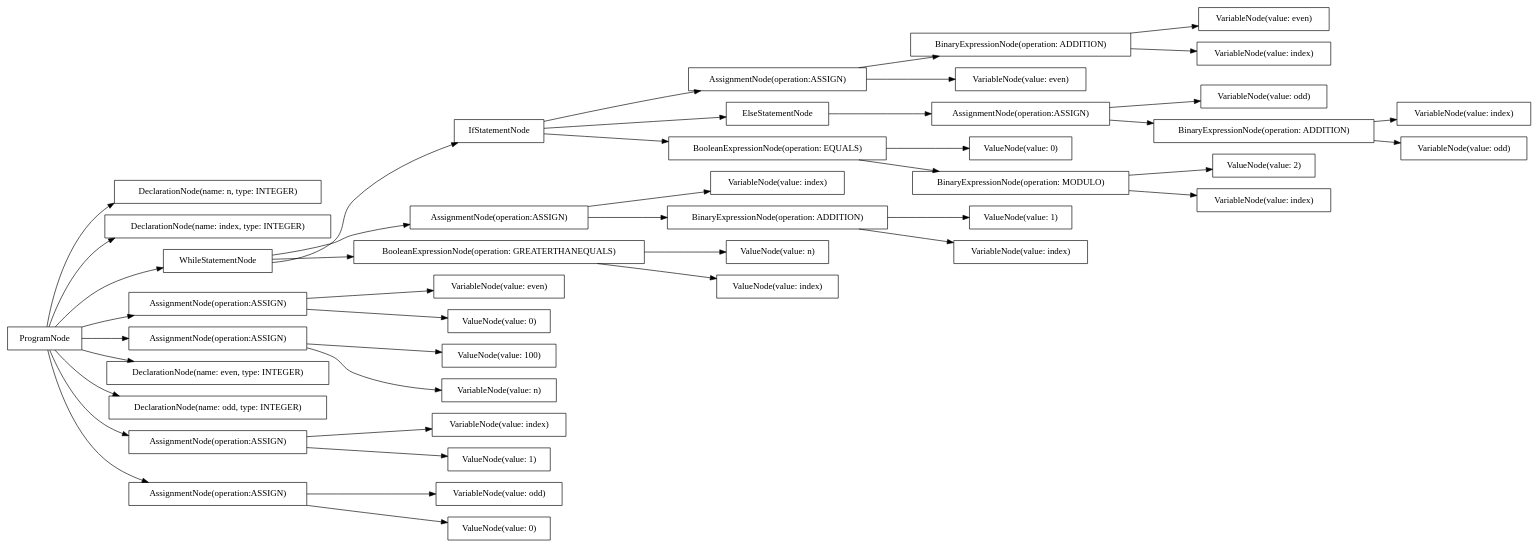
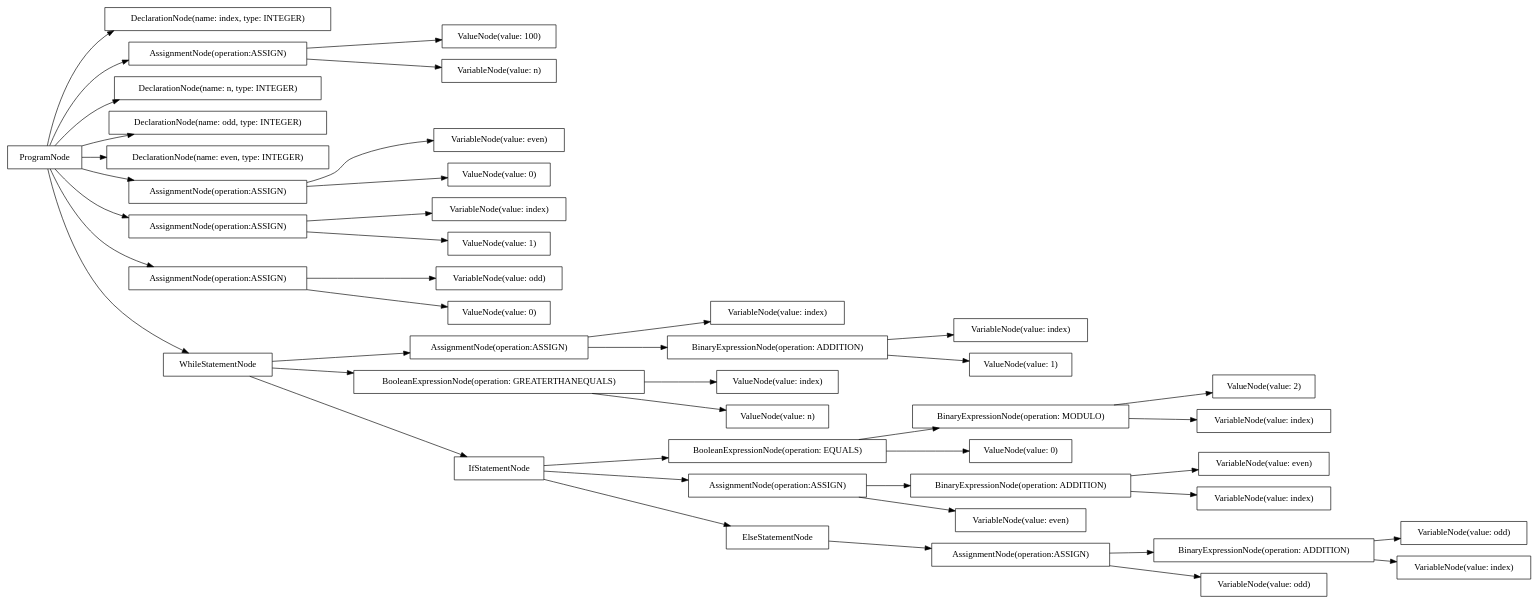
Before and after one commit to AtLeastITry/ANTLR-Python-Compiler: the diagram in src/output/dot/odd_even.dot, drawn with Graphviz. The commit also changed 9 other files, not shown here.

```diff
--- a/src/output/dot/odd_even.dot
+++ b/src/output/dot/odd_even.dot
@@ -1,88 +1,88 @@
 digraph G {
 rankdir=LR
-"51027e5a-5bbe-4a8c-aa03-a2054ee14d0f" [label="VariableNode(value: even)" shape="box"];
-"e5897566-09a8-4f3e-b6b1-f3f603f1538b" [label="ValueNode(value: 100)" shape="box"];
-"036f29e9-cecb-4df5-8245-bec7aa9a5be4" [label="IfStatementNode" shape="box"];
-"70035fd2-bbe2-41eb-a2e6-7383d2222e5b" [label="AssignmentNode(operation:ASSIGN)" shape="box"];
-"5f6a53ec-e62f-4b10-9dd8-b9960757c765" [label="AssignmentNode(operation:ASSIGN)" shape="box"];
-"0099ae14-61c1-4aaa-aee8-fba6a2b72a19" [label="ValueNode(value: 1)" shape="box"];
-"74683233-2a21-4432-9c46-ca7c6e4f24b5" [label="DeclarationNode(name: n, type: INTEGER)" shape="box"];
-"432f1721-0ad4-4221-9f8a-4b59741bf83b" [label="VariableNode(value: odd)" shape="box"];
-"b2914016-ba28-486a-ae07-a38629ed2060" [label="VariableNode(value: odd)" shape="box"];
-"0b19b4a3-37c5-4e0c-b52f-dbc17988da9c" [label="ValueNode(value: 2)" shape="box"];
-"f1421835-3d05-47d2-aaf5-ee6d9d58f32a" [label="VariableNode(value: index)" shape="box"];
-"6c0669bc-4300-4f01-b806-24c25ea41fd0" [label="VariableNode(value: index)" shape="box"];
-"16e4ed10-a78c-4a02-ad67-027571b2f794" [label="DeclarationNode(name: index, type: INTEGER)" shape="box"];
-"5ea20102-1c0c-49a3-b77f-3ac731f85cdf" [label="ProgramNode" shape="box"];
-"d8264bf7-f72c-41f1-8559-907c21b5c8cc" [label="ValueNode(value: 0)" shape="box"];
-"be92bf9b-542c-47c7-b7ce-12ce7303e1f5" [label="WhileStatementNode" shape="box"];
-"656de1c9-f5a0-4f98-a3ee-4c6ffbfc6f76" [label="VariableNode(value: index)" shape="box"];
-"dba97dae-6613-40ee-ac02-7db4d65c7909" [label="AssignmentNode(operation:ASSIGN)" shape="box"];
-"6a6de936-5693-4e33-af45-07bea85912c0" [label="VariableNode(value: index)" shape="box"];
-"ccef8d8c-abf6-491f-94a8-7b6d6e1e908f" [label="AssignmentNode(operation:ASSIGN)" shape="box"];
-"3ba8c345-5afb-46db-99bf-4945b035329d" [label="DeclarationNode(name: even, type: INTEGER)" shape="box"];
-"e2290a21-016c-44c3-a35b-fd079e5d0546" [label="VariableNode(value: even)" shape="box"];
-"cd240ce9-eab5-4ce7-ba0c-ba51ec46ea24" [label="VariableNode(value: index)" shape="box"];
-"97975bcf-969c-4166-810e-5d4743aa0e20" [label="VariableNode(value: n)" shape="box"];
-"6dd797cc-300d-43a2-94b8-2f4a80f04412" [label="ValueNode(value: n)" shape="box"];
-"2c7b98f0-f09d-48a6-91c7-8a2cf45950a6" [label="VariableNode(value: index)" shape="box"];
-"e1a83c01-78cd-4bd0-8646-8b268b9a92ea" [label="VariableNode(value: odd)" shape="box"];
-"b3be8001-ad6f-45f0-82d8-340a32815497" [label="BinaryExpressionNode(operation: ADDITION)" shape="box"];
-"d0abfb2f-406c-4746-98ad-2fb5ea35a0a5" [label="ValueNode(value: index)" shape="box"];
-"18eff962-03a5-44b2-8447-434e4776b6c2" [label="AssignmentNode(operation:ASSIGN)" shape="box"];
-"0af89300-3bea-44c7-a4dc-e4354d72d866" [label="ValueNode(value: 1)" shape="box"];
-"c6ce1a31-ac1b-4128-9386-ca8d8cddfab2" [label="ElseStatementNode" shape="box"];
-"91659f4b-b5cd-492f-8619-50bfb8ba70fc" [label="ValueNode(value: 0)" shape="box"];
-"5e811e5a-9135-429e-9496-1a0aef4d2c4f" [label="ValueNode(value: 0)" shape="box"];
-"e2ca7bcf-58be-4e10-ba3b-ad8d0e00e6b2" [label="DeclarationNode(name: odd, type: INTEGER)" shape="box"];
-"2c40527f-b2ce-4944-8307-e8a7b0c857b2" [label="BooleanExpressionNode(operation: EQUALS)" shape="box"];
-"957b19d5-09d4-4cd8-a93f-71e92c988b9f" [label="BinaryExpressionNode(operation: ADDITION)" shape="box"];
-"65bfe337-ccd3-4b59-a877-97768e21ff56" [label="AssignmentNode(operation:ASSIGN)" shape="box"];
-"5d559fcc-3a28-40d3-b012-235053dab3ce" [label="BooleanExpressionNode(operation: GREATERTHANEQUALS)" shape="box"];
-"13e930b2-dc71-4f80-a989-29347ed9de37" [label="AssignmentNode(operation:ASSIGN)" shape="box"];
-"c12cebab-aa2a-4338-824f-6ca9e756419e" [label="BinaryExpressionNode(operation: MODULO)" shape="box"];
-"434fbb24-3626-4c6d-8ebd-3e9f3b320e8c" [label="BinaryExpressionNode(operation: ADDITION)" shape="box"];
-"006f724c-042e-48de-ae83-f58013263a4b" [label="VariableNode(value: even)" shape="box"];
-"5ea20102-1c0c-49a3-b77f-3ac731f85cdf" -> "74683233-2a21-4432-9c46-ca7c6e4f24b5";
-"5ea20102-1c0c-49a3-b77f-3ac731f85cdf" -> "e2ca7bcf-58be-4e10-ba3b-ad8d0e00e6b2";
-"5ea20102-1c0c-49a3-b77f-3ac731f85cdf" -> "3ba8c345-5afb-46db-99bf-4945b035329d";
-"5ea20102-1c0c-49a3-b77f-3ac731f85cdf" -> "16e4ed10-a78c-4a02-ad67-027571b2f794";
-"5ea20102-1c0c-49a3-b77f-3ac731f85cdf" -> "ccef8d8c-abf6-491f-94a8-7b6d6e1e908f";
-"ccef8d8c-abf6-491f-94a8-7b6d6e1e908f" -> "97975bcf-969c-4166-810e-5d4743aa0e20";
-"ccef8d8c-abf6-491f-94a8-7b6d6e1e908f" -> "e5897566-09a8-4f3e-b6b1-f3f603f1538b";
-"5ea20102-1c0c-49a3-b77f-3ac731f85cdf" -> "13e930b2-dc71-4f80-a989-29347ed9de37";
-"13e930b2-dc71-4f80-a989-29347ed9de37" -> "b2914016-ba28-486a-ae07-a38629ed2060";
-"13e930b2-dc71-4f80-a989-29347ed9de37" -> "5e811e5a-9135-429e-9496-1a0aef4d2c4f";
-"5ea20102-1c0c-49a3-b77f-3ac731f85cdf" -> "dba97dae-6613-40ee-ac02-7db4d65c7909";
-"dba97dae-6613-40ee-ac02-7db4d65c7909" -> "e2290a21-016c-44c3-a35b-fd079e5d0546";
-"dba97dae-6613-40ee-ac02-7db4d65c7909" -> "91659f4b-b5cd-492f-8619-50bfb8ba70fc";
-"5ea20102-1c0c-49a3-b77f-3ac731f85cdf" -> "65bfe337-ccd3-4b59-a877-97768e21ff56";
-"65bfe337-ccd3-4b59-a877-97768e21ff56" -> "6a6de936-5693-4e33-af45-07bea85912c0";
-"65bfe337-ccd3-4b59-a877-97768e21ff56" -> "0af89300-3bea-44c7-a4dc-e4354d72d866";
-"5ea20102-1c0c-49a3-b77f-3ac731f85cdf" -> "be92bf9b-542c-47c7-b7ce-12ce7303e1f5";
-"be92bf9b-542c-47c7-b7ce-12ce7303e1f5" -> "5d559fcc-3a28-40d3-b012-235053dab3ce";
-"5d559fcc-3a28-40d3-b012-235053dab3ce" -> "d0abfb2f-406c-4746-98ad-2fb5ea35a0a5";
-"5d559fcc-3a28-40d3-b012-235053dab3ce" -> "6dd797cc-300d-43a2-94b8-2f4a80f04412";
-"be92bf9b-542c-47c7-b7ce-12ce7303e1f5" -> "036f29e9-cecb-4df5-8245-bec7aa9a5be4";
-"036f29e9-cecb-4df5-8245-bec7aa9a5be4" -> "2c40527f-b2ce-4944-8307-e8a7b0c857b2";
-"2c40527f-b2ce-4944-8307-e8a7b0c857b2" -> "c12cebab-aa2a-4338-824f-6ca9e756419e";
-"c12cebab-aa2a-4338-824f-6ca9e756419e" -> "f1421835-3d05-47d2-aaf5-ee6d9d58f32a";
-"c12cebab-aa2a-4338-824f-6ca9e756419e" -> "0b19b4a3-37c5-4e0c-b52f-dbc17988da9c";
-"2c40527f-b2ce-4944-8307-e8a7b0c857b2" -> "d8264bf7-f72c-41f1-8559-907c21b5c8cc";
-"036f29e9-cecb-4df5-8245-bec7aa9a5be4" -> "18eff962-03a5-44b2-8447-434e4776b6c2";
-"18eff962-03a5-44b2-8447-434e4776b6c2" -> "006f724c-042e-48de-ae83-f58013263a4b";
-"18eff962-03a5-44b2-8447-434e4776b6c2" -> "434fbb24-3626-4c6d-8ebd-3e9f3b320e8c";
-"434fbb24-3626-4c6d-8ebd-3e9f3b320e8c" -> "51027e5a-5bbe-4a8c-aa03-a2054ee14d0f";
-"434fbb24-3626-4c6d-8ebd-3e9f3b320e8c" -> "2c7b98f0-f09d-48a6-91c7-8a2cf45950a6";
-"036f29e9-cecb-4df5-8245-bec7aa9a5be4" -> "c6ce1a31-ac1b-4128-9386-ca8d8cddfab2";
-"c6ce1a31-ac1b-4128-9386-ca8d8cddfab2" -> "70035fd2-bbe2-41eb-a2e6-7383d2222e5b";
-"70035fd2-bbe2-41eb-a2e6-7383d2222e5b" -> "432f1721-0ad4-4221-9f8a-4b59741bf83b";
-"70035fd2-bbe2-41eb-a2e6-7383d2222e5b" -> "957b19d5-09d4-4cd8-a93f-71e92c988b9f";
-"957b19d5-09d4-4cd8-a93f-71e92c988b9f" -> "e1a83c01-78cd-4bd0-8646-8b268b9a92ea";
-"957b19d5-09d4-4cd8-a93f-71e92c988b9f" -> "6c0669bc-4300-4f01-b806-24c25ea41fd0";
-"be92bf9b-542c-47c7-b7ce-12ce7303e1f5" -> "5f6a53ec-e62f-4b10-9dd8-b9960757c765";
-"5f6a53ec-e62f-4b10-9dd8-b9960757c765" -> "656de1c9-f5a0-4f98-a3ee-4c6ffbfc6f76";
-"5f6a53ec-e62f-4b10-9dd8-b9960757c765" -> "b3be8001-ad6f-45f0-82d8-340a32815497";
-"b3be8001-ad6f-45f0-82d8-340a32815497" -> "cd240ce9-eab5-4ce7-ba0c-ba51ec46ea24";
-"b3be8001-ad6f-45f0-82d8-340a32815497" -> "0099ae14-61c1-4aaa-aee8-fba6a2b72a19";
+"79988209-1f72-4112-b863-279c94adfaa0" [label="ValueNode(value: 100)" shape="box"];
+"f88ab3f6-bb6f-4e00-963d-21c74abb85d1" [label="AssignmentNode(operation:ASSIGN)" shape="box"];
+"b82015bf-731b-4293-9794-dac23d86efc2" [label="VariableNode(value: index)" shape="box"];
+"c8f77a40-ca78-432c-829f-1d1aa7cc65ad" [label="VariableNode(value: n)" shape="box"];
+"4d3e6e8f-4bd2-483d-8613-3b51088ba310" [label="VariableNode(value: odd)" shape="box"];
+"08089ce9-4e5c-4122-a3fd-7f70ce7a0f2f" [label="ValueNode(value: 0)" shape="box"];
+"b0664474-e884-4461-8055-4f1932a8c894" [label="ValueNode(value: index)" shape="box"];
+"af4caded-82dd-455e-bd06-1035dfb87820" [label="DeclarationNode(name: index, type: INTEGER)" shape="box"];
+"c341e27e-47c7-4454-a6f0-99424d7b7c6c" [label="VariableNode(value: even)" shape="box"];
+"b4e0e0bf-b7f1-48dc-9cd9-4e7d8455e188" [label="BinaryExpressionNode(operation: MODULO)" shape="box"];
+"771863c8-8d57-4ecf-8083-07fde05432ec" [label="AssignmentNode(operation:ASSIGN)" shape="box"];
+"17220d2b-887f-4c19-9d59-69e1e0f6ee30" [label="BooleanExpressionNode(operation: GREATERTHANEQUALS)" shape="box"];
+"f7b4b791-6754-41eb-bcef-1c24c07c55f9" [label="DeclarationNode(name: n, type: INTEGER)" shape="box"];
+"9212a73e-5b70-459c-9218-d398b6f8b8ad" [label="BinaryExpressionNode(operation: ADDITION)" shape="box"];
+"30484f37-d70f-4e7e-8947-e8e714667bdf" [label="VariableNode(value: index)" shape="box"];
+"d579b6d7-a2fd-4a9c-8bbf-caace5bd927b" [label="VariableNode(value: odd)" shape="box"];
+"3f08933e-bec5-43c8-b497-1750d11df1fb" [label="VariableNode(value: odd)" shape="box"];
+"333d6c42-8161-4067-b3be-c78ff73d1aee" [label="DeclarationNode(name: odd, type: INTEGER)" shape="box"];
+"5345ac47-e065-4cd7-a3f8-e976b7b56f97" [label="BooleanExpressionNode(operation: EQUALS)" shape="box"];
+"7b474080-6bd9-4bd2-a8b6-bee09aff4279" [label="ValueNode(value: 0)" shape="box"];
+"88ab20f7-799c-4741-a0b4-b7f0677625af" [label="AssignmentNode(operation:ASSIGN)" shape="box"];
+"b0a106a3-3e61-4505-a339-f7a23d1895fb" [label="ValueNode(value: 1)" shape="box"];
+"b729ebd9-22b7-4ffa-8d98-3950b27f5795" [label="DeclarationNode(name: even, type: INTEGER)" shape="box"];
+"fb6da803-27dd-4c28-b274-1a415bf96ac8" [label="AssignmentNode(operation:ASSIGN)" shape="box"];
+"ec890ebd-d16d-4dae-bb1b-14bbb285510d" [label="VariableNode(value: even)" shape="box"];
+"498d682e-ade1-446b-acdf-6209fc282488" [label="VariableNode(value: index)" shape="box"];
+"32623fc4-20ce-4930-9ac3-258cc119d42f" [label="ElseStatementNode" shape="box"];
+"ce0ce592-6df9-4ea6-9b42-9e9682aae11b" [label="AssignmentNode(operation:ASSIGN)" shape="box"];
+"05882ef8-a404-482b-b3e9-0661b28b337b" [label="BinaryExpressionNode(operation: ADDITION)" shape="box"];
+"18d9ef34-2785-45f0-a419-00b55e5c7fc2" [label="ValueNode(value: 1)" shape="box"];
+"d7c1c7de-2531-4658-af09-6b8e9a7477ae" [label="VariableNode(value: index)" shape="box"];
+"7223d179-b4af-489a-8372-3a7e55eae726" [label="VariableNode(value: even)" shape="box"];
+"4e533d32-dc7a-4e59-8d50-102f7c8caa40" [label="AssignmentNode(operation:ASSIGN)" shape="box"];
+"1d6433b2-eb40-44bf-b15b-15ebb107e3aa" [label="AssignmentNode(operation:ASSIGN)" shape="box"];
+"c2d5f4f1-8c58-4e94-9c48-806d443bd28e" [label="ProgramNode" shape="box"];
+"11d9e06b-6986-448a-8900-e2c53d86b005" [label="WhileStatementNode" shape="box"];
+"4e762e3f-4eea-4191-b23a-5b42b72fed1d" [label="BinaryExpressionNode(operation: ADDITION)" shape="box"];
+"dba85002-505d-4f06-8f44-d7cdee47d106" [label="IfStatementNode" shape="box"];
+"2c5b144d-b086-4667-be4e-9b75b88fd4fa" [label="VariableNode(value: index)" shape="box"];
+"db805a8d-5017-4bd0-90af-81e81d5d906a" [label="ValueNode(value: 2)" shape="box"];
+"a6e77595-5f0a-4293-b125-de0dcbc55bba" [label="ValueNode(value: n)" shape="box"];
+"3db01d05-2b49-40f3-841a-6f961561871c" [label="ValueNode(value: 0)" shape="box"];
+"c54c0d07-6c59-4add-8bc4-af5bbf50e4bf" [label="VariableNode(value: index)" shape="box"];
+"c2d5f4f1-8c58-4e94-9c48-806d443bd28e" -> "f7b4b791-6754-41eb-bcef-1c24c07c55f9";
+"c2d5f4f1-8c58-4e94-9c48-806d443bd28e" -> "333d6c42-8161-4067-b3be-c78ff73d1aee";
+"c2d5f4f1-8c58-4e94-9c48-806d443bd28e" -> "b729ebd9-22b7-4ffa-8d98-3950b27f5795";
+"c2d5f4f1-8c58-4e94-9c48-806d443bd28e" -> "af4caded-82dd-455e-bd06-1035dfb87820";
+"c2d5f4f1-8c58-4e94-9c48-806d443bd28e" -> "771863c8-8d57-4ecf-8083-07fde05432ec";
+"771863c8-8d57-4ecf-8083-07fde05432ec" -> "c8f77a40-ca78-432c-829f-1d1aa7cc65ad";
+"771863c8-8d57-4ecf-8083-07fde05432ec" -> "79988209-1f72-4112-b863-279c94adfaa0";
+"c2d5f4f1-8c58-4e94-9c48-806d443bd28e" -> "4e533d32-dc7a-4e59-8d50-102f7c8caa40";
+"4e533d32-dc7a-4e59-8d50-102f7c8caa40" -> "4d3e6e8f-4bd2-483d-8613-3b51088ba310";
+"4e533d32-dc7a-4e59-8d50-102f7c8caa40" -> "08089ce9-4e5c-4122-a3fd-7f70ce7a0f2f";
+"c2d5f4f1-8c58-4e94-9c48-806d443bd28e" -> "fb6da803-27dd-4c28-b274-1a415bf96ac8";
+"fb6da803-27dd-4c28-b274-1a415bf96ac8" -> "ec890ebd-d16d-4dae-bb1b-14bbb285510d";
+"fb6da803-27dd-4c28-b274-1a415bf96ac8" -> "3db01d05-2b49-40f3-841a-6f961561871c";
+"c2d5f4f1-8c58-4e94-9c48-806d443bd28e" -> "ce0ce592-6df9-4ea6-9b42-9e9682aae11b";
+"ce0ce592-6df9-4ea6-9b42-9e9682aae11b" -> "30484f37-d70f-4e7e-8947-e8e714667bdf";
+"ce0ce592-6df9-4ea6-9b42-9e9682aae11b" -> "18d9ef34-2785-45f0-a419-00b55e5c7fc2";
+"c2d5f4f1-8c58-4e94-9c48-806d443bd28e" -> "11d9e06b-6986-448a-8900-e2c53d86b005";
+"11d9e06b-6986-448a-8900-e2c53d86b005" -> "17220d2b-887f-4c19-9d59-69e1e0f6ee30";
+"17220d2b-887f-4c19-9d59-69e1e0f6ee30" -> "b0664474-e884-4461-8055-4f1932a8c894";
+"17220d2b-887f-4c19-9d59-69e1e0f6ee30" -> "a6e77595-5f0a-4293-b125-de0dcbc55bba";
+"11d9e06b-6986-448a-8900-e2c53d86b005" -> "dba85002-505d-4f06-8f44-d7cdee47d106";
+"dba85002-505d-4f06-8f44-d7cdee47d106" -> "5345ac47-e065-4cd7-a3f8-e976b7b56f97";
+"5345ac47-e065-4cd7-a3f8-e976b7b56f97" -> "b4e0e0bf-b7f1-48dc-9cd9-4e7d8455e188";
+"b4e0e0bf-b7f1-48dc-9cd9-4e7d8455e188" -> "c54c0d07-6c59-4add-8bc4-af5bbf50e4bf";
+"b4e0e0bf-b7f1-48dc-9cd9-4e7d8455e188" -> "db805a8d-5017-4bd0-90af-81e81d5d906a";
+"5345ac47-e065-4cd7-a3f8-e976b7b56f97" -> "7b474080-6bd9-4bd2-a8b6-bee09aff4279";
+"dba85002-505d-4f06-8f44-d7cdee47d106" -> "88ab20f7-799c-4741-a0b4-b7f0677625af";
+"88ab20f7-799c-4741-a0b4-b7f0677625af" -> "7223d179-b4af-489a-8372-3a7e55eae726";
+"88ab20f7-799c-4741-a0b4-b7f0677625af" -> "05882ef8-a404-482b-b3e9-0661b28b337b";
+"05882ef8-a404-482b-b3e9-0661b28b337b" -> "c341e27e-47c7-4454-a6f0-99424d7b7c6c";
+"05882ef8-a404-482b-b3e9-0661b28b337b" -> "d7c1c7de-2531-4658-af09-6b8e9a7477ae";
+"dba85002-505d-4f06-8f44-d7cdee47d106" -> "32623fc4-20ce-4930-9ac3-258cc119d42f";
+"32623fc4-20ce-4930-9ac3-258cc119d42f" -> "1d6433b2-eb40-44bf-b15b-15ebb107e3aa";
+"1d6433b2-eb40-44bf-b15b-15ebb107e3aa" -> "d579b6d7-a2fd-4a9c-8bbf-caace5bd927b";
+"1d6433b2-eb40-44bf-b15b-15ebb107e3aa" -> "9212a73e-5b70-459c-9218-d398b6f8b8ad";
+"9212a73e-5b70-459c-9218-d398b6f8b8ad" -> "3f08933e-bec5-43c8-b497-1750d11df1fb";
+"9212a73e-5b70-459c-9218-d398b6f8b8ad" -> "2c5b144d-b086-4667-be4e-9b75b88fd4fa";
+"11d9e06b-6986-448a-8900-e2c53d86b005" -> "f88ab3f6-bb6f-4e00-963d-21c74abb85d1";
+"f88ab3f6-bb6f-4e00-963d-21c74abb85d1" -> "498d682e-ade1-446b-acdf-6209fc282488";
+"f88ab3f6-bb6f-4e00-963d-21c74abb85d1" -> "4e762e3f-4eea-4191-b23a-5b42b72fed1d";
+"4e762e3f-4eea-4191-b23a-5b42b72fed1d" -> "b82015bf-731b-4293-9794-dac23d86efc2";
+"4e762e3f-4eea-4191-b23a-5b42b72fed1d" -> "b0a106a3-3e61-4505-a339-f7a23d1895fb";
 }
```
